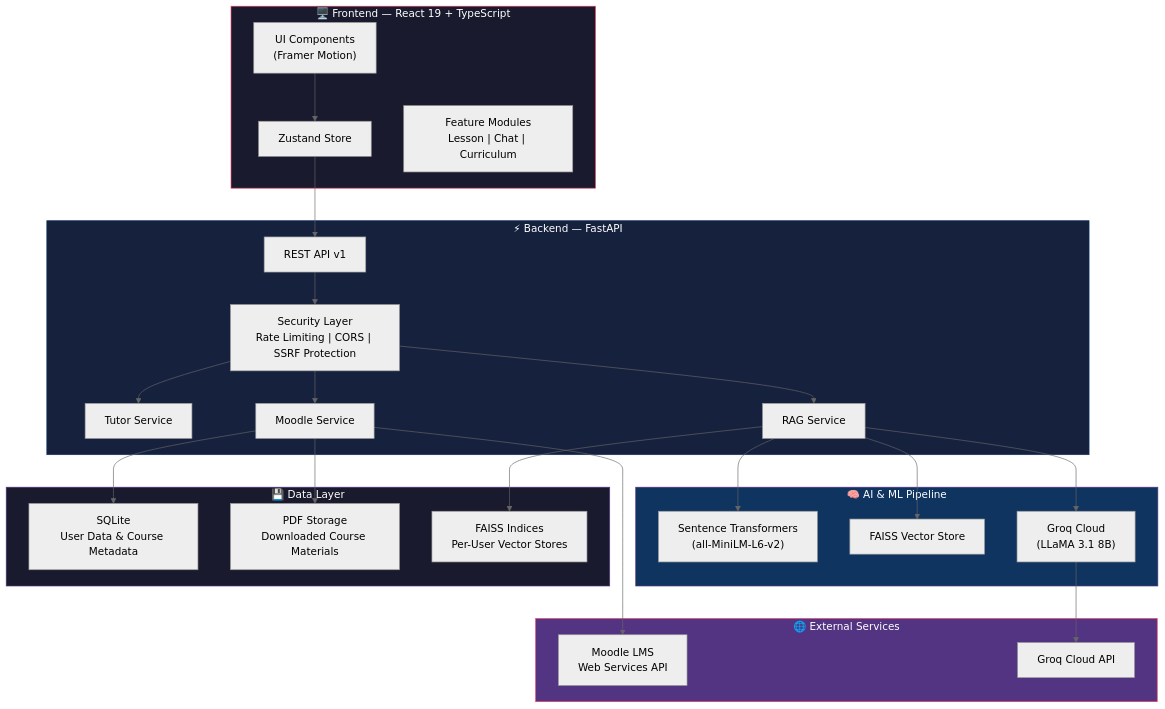
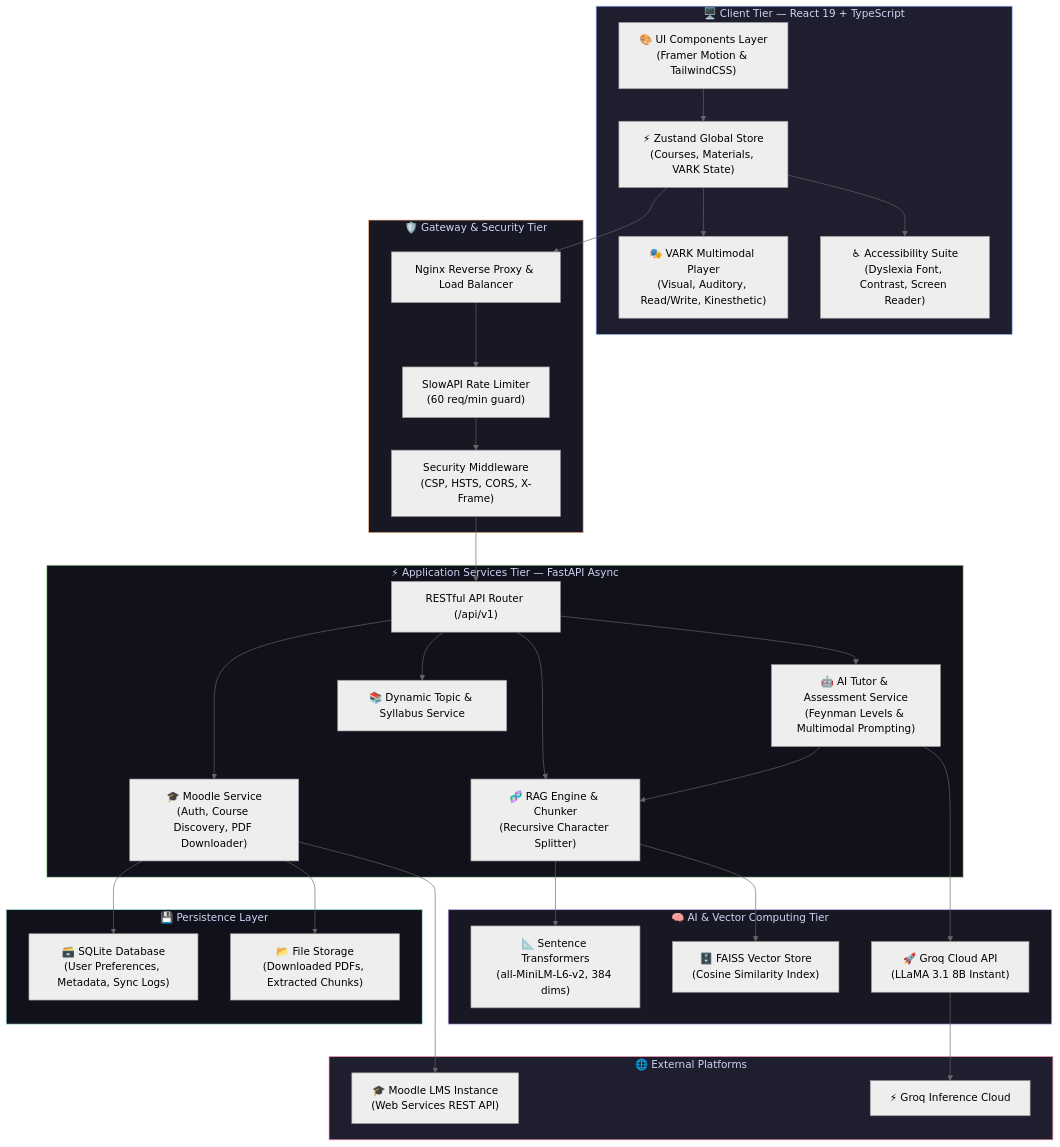
The first of 5 diagrams in README.md (YusufAbozeid/SHAGHOOF-AI), drawn with Mermaid (neutral theme) before and after one commit. The commit also changed other lines of this file, not shown here.

Commit message:
docs: add comprehensive sequence diagrams and data pipeline flows to README

````diff
--- a/README.md
+++ b/README.md
@@ -109,54 +111,66 @@
 ```mermaid
 graph TB
-    subgraph Client["🖥️ Frontend — React 19 + TypeScript"]
-        UI["UI Components<br/>(Framer Motion)"]
-        Store["Zustand Store"]
-        Modules["Feature Modules<br/>Lesson | Chat | Curriculum"]
+    subgraph Client["🖥️ Client Tier — React 19 + TypeScript"]
+        UI["🎨 UI Components Layer<br/>(Framer Motion & TailwindCSS)"]
+        Store["⚡ Zustand Global Store<br/>(Courses, Materials, VARK State)"]
+        VARK_UI["🎭 VARK Multimodal Player<br/>(Visual, Auditory, Read/Write, Kinesthetic)"]
+        A11y["♿ Accessibility Suite<br/>(Dyslexia Font, Contrast, Screen Reader)"]
     end
 
-    subgraph Server["⚡ Backend — FastAPI"]
-        API["REST API v1"]
-        Tutor["Tutor Service"]
-        Moodle["Moodle Service"]
-        RAG["RAG Service"]
-        Security["Security Layer<br/>Rate Limiting | CORS | SSRF Protection"]
+    subgraph Gateway["🛡️ Gateway & Security Tier"]
+        Proxy["Nginx Reverse Proxy & Load Balancer"]
+        RateLimit["SlowAPI Rate Limiter<br/>(60 req/min guard)"]
+        SecurityHeaders["Security Middleware<br/>(CSP, HSTS, CORS, X-Frame)"]
     end
 
-    subgraph AI["🧠 AI & ML Pipeline"]
-        Embeddings["Sentence Transformers<br/>(all-MiniLM-L6-v2)"]
-        FAISS["FAISS Vector Store"]
-        LLM["Groq Cloud<br/>(LLaMA 3.1 8B)"]
+    subgraph Backend["⚡ Application Services Tier — FastAPI Async"]
+        Router["RESTful API Router (/api/v1)"]
+        MoodleService["🎓 Moodle Service<br/>(Auth, Course Discovery, PDF Downloader)"]
+        RAGService["🧬 RAG Engine & Chunker<br/>(Recursive Character Splitter)"]
+        TutorService["🤖 AI Tutor & Assessment Service<br/>(Feynman Levels & Multimodal Prompting)"]
+        TopicService["📚 Dynamic Topic & Syllabus Service"]
     end
 
-    subgraph External["🌐 External Services"]
-        MoodleLMS["Moodle LMS<br/>Web Services API"]
-        GroqAPI["Groq Cloud API"]
+    subgraph AI_Core["🧠 AI & Vector Computing Tier"]
+        Embedder["📐 Sentence Transformers<br/>(all-MiniLM-L6-v2, 384 dims)"]
+        VectorDB["🗄️ FAISS Vector Store<br/>(Cosine Similarity Index)"]
+        LLM["🚀 Groq Cloud API<br/>(LLaMA 3.1 8B Instant)"]
     end
 
-    subgraph Storage["💾 Data Layer"]
-        SQLite["SQLite<br/>User Data & Course Metadata"]
-        PDFs["PDF Storage<br/>Downloaded Course Materials"]
-        Vectors["FAISS Indices<br/>Per-User Vector Stores"]
+    subgraph External["🌐 External Platforms"]
+        MoodleAPI["🎓 Moodle LMS Instance<br/>(Web Services REST API)"]
+        GroqAPI["⚡ Groq Inference Cloud"]
+    end
+
+    subgraph Persistence["💾 Persistence Layer"]
+        DB["🗃️ SQLite Database<br/>(User Preferences, Metadata, Sync Logs)"]
+        Disk["📂 File Storage<br/>(Downloaded PDFs, Extracted Chunks)"]
     end
 
     UI --> Store
-    Store --> API
-    API --> Security
-    Security --> Tutor
-    Security --> Moodle
-    Security --> RAG
-    Moodle --> MoodleLMS
-    RAG --> Embeddings
-    RAG --> FAISS
-    RAG --> LLM
+    Store --> VARK_UI
+    Store --> A11y
+    Store --> Proxy
+    Proxy --> RateLimit
+    RateLimit --> SecurityHeaders
+    SecurityHeaders --> Router
+    Router --> MoodleService
+    Router --> RAGService
+    Router --> TutorService
+    Router --> TopicService
+    MoodleService --> MoodleAPI
+    MoodleService --> Disk
+    MoodleService --> DB
+    RAGService --> Embedder
+    RAGService --> VectorDB
+    TutorService --> RAGService
+    TutorService --> LLM
     LLM --> GroqAPI
-    Moodle --> SQLite
-    Moodle --> PDFs
-    RAG --> Vectors
 
-    style Client fill:#1a1a2e,stroke:#e94560,color:#fff
-    style Server fill:#16213e,stroke:#0f3460,color:#fff
-    style AI fill:#0f3460,stroke:#533483,color:#fff
-    style External fill:#533483,stroke:#e94560,color:#fff
-    style Storage fill:#1a1a2e,stroke:#533483,color:#fff
+    style Client fill:#1e1e2e,stroke:#89b4fa,color:#cdd6f4
+    style Gateway fill:#181825,stroke:#fab387,color:#cdd6f4
+    style Backend fill:#11111b,stroke:#a6e3a1,color:#cdd6f4
+    style AI_Core fill:#181825,stroke:#cba6f7,color:#cdd6f4
+    style External fill:#1e1e2e,stroke:#f38ba8,color:#cdd6f4
+    style Persistence fill:#11111b,stroke:#94e2d5,color:#cdd6f4
 ```
````
